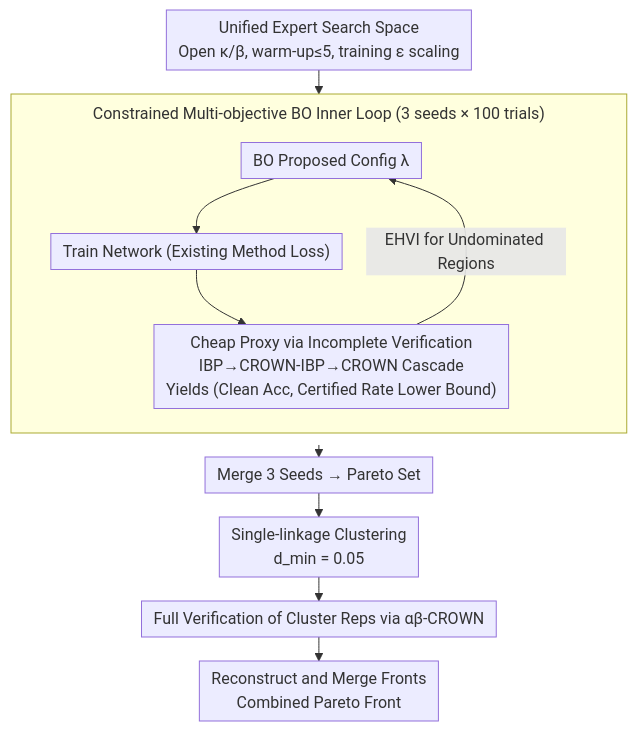
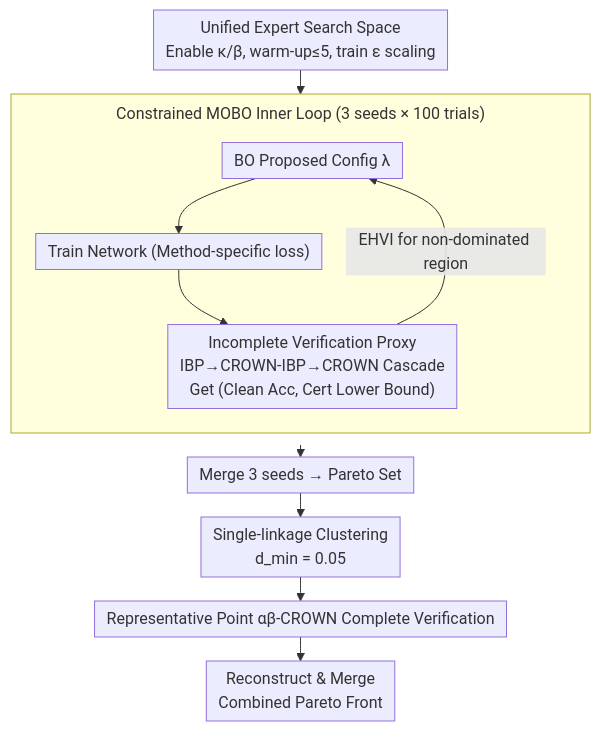
Before and after one commit to zhaoyang97/Paper-Notes-en: the diagram in docs/ICML2026/ai_safety/rethinking_evaluation_paradigms_in_ibp-based_certified_training.md, drawn with Mermaid. The commit also changed other lines of this file and 5084 other files, not shown here.

````diff
--- a/docs/ICML2026/ai_safety/rethinking_evaluation_paradigms_in_ibp-based_certified_training.md
+++ b/docs/ICML2026/ai_safety/rethinking_evaluation_paradigms_in_ibp-based_certified_training.md
@@ -42,15 +42,15 @@
 ```mermaid
 %%{init: {'flowchart': {'rankSpacing': 24, 'nodeSpacing': 28, 'padding': 6, 'wrappingWidth': 400, 'subGraphTitleMargin': {'top': 8, 'bottom': 16}}}}%%
 flowchart TD
-    A["Unified Expert Search Space<br/>Open κ/β, warm-up≤5, training ε scaling"] --> B
-    subgraph LOOP["Constrained Multi-objective BO Inner Loop (3 seeds × 100 trials)"]
+    A["Unified Expert Search Space<br/>Enable κ/β, warm-up≤5, train ε scaling"] --> B
+    subgraph LOOP["Constrained MOBO Inner Loop (3 seeds × 100 trials)"]
         direction TB
-        B["BO Proposed Config λ"] --> C["Train Network (Existing Method Loss)"]
-        C --> D["Cheap Proxy via Incomplete Verification<br/>IBP→CROWN-IBP→CROWN Cascade<br/>Yields (Clean Acc, Certified Rate Lower Bound)"]
-        D -->|EHVI for Undominated Regions| B
+        B["BO Proposed Config λ"] --> C["Train Network (Method-specific loss)"]
+        C --> D["Incomplete Verification Proxy<br/>IBP→CROWN-IBP→CROWN Cascade<br/>Get (Clean Acc, Cert Lower Bound)"]
+        D -->|EHVI for non-dominated region| B
     end
-    LOOP --> E["Merge 3 Seeds → Pareto Set"]
+    LOOP --> E["Merge 3 seeds → Pareto Set"]
     E --> F["Single-linkage Clustering<br/>d_min = 0.05"]
-    F --> G["Full Verification of Cluster Reps via αβ-CROWN"]
-    G --> H["Reconstruct and Merge Fronts<br/>Combined Pareto Front"]
+    F --> G["Representative Point αβ-CROWN Complete Verification"]
+    G --> H["Reconstruct & Merge<br/>Combined Pareto Front"]
 ```
````
